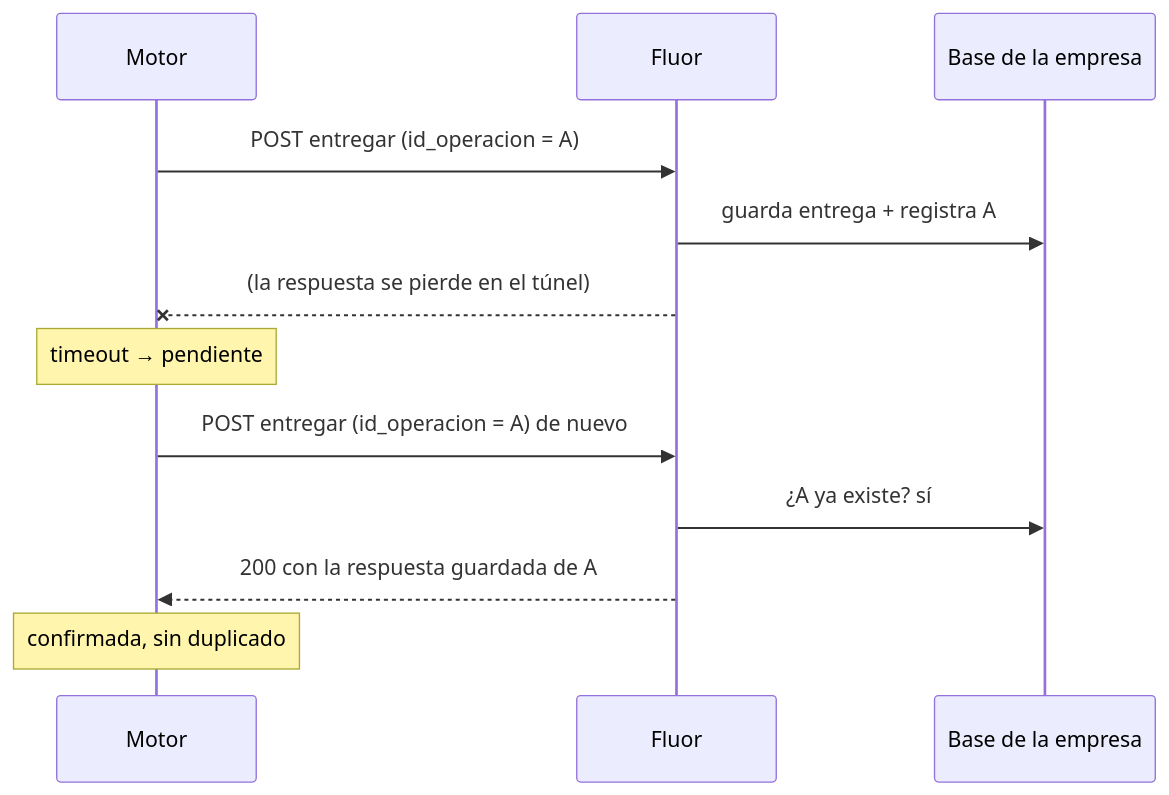
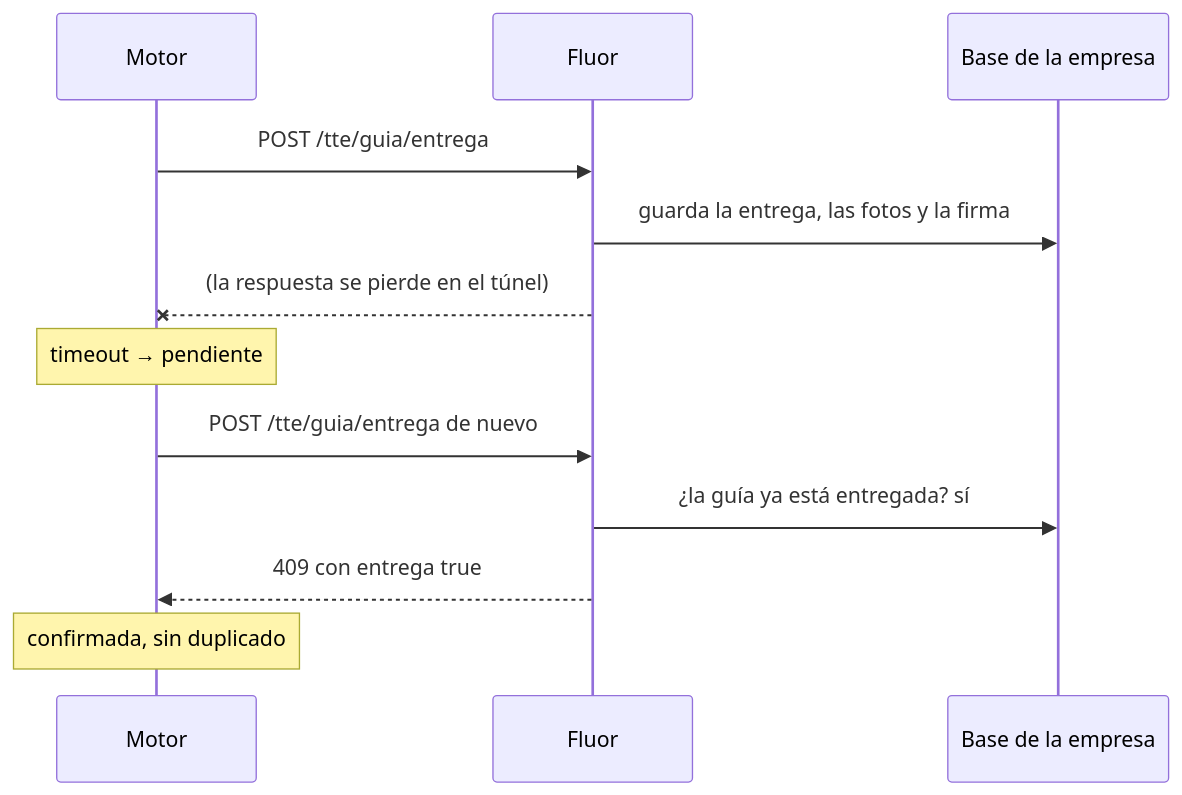
The eighth of 9 diagrams in docs/offline.md (tamerlantian/cilog-2), drawn with Mermaid before and after one commit. The commit also changed other lines of this file and 22 other files, not shown here.

First line of the commit message:
feat(despachos): enviar la entrega a Fluor con fotos y firma

````diff
--- a/docs/offline.md
+++ b/docs/offline.md
@@ -279,15 +286,15 @@
 ```mermaid
 sequenceDiagram
     participant M as Motor
     participant F as Fluor
     participant BD as Base de la empresa
 
-    M->>F: POST entregar (id_operacion = A)
-    F->>BD: guarda entrega + registra A
+    M->>F: POST /tte/guia/entrega
+    F->>BD: guarda la entrega, las fotos y la firma
     F--xM: (la respuesta se pierde en el túnel)
     Note over M: timeout → pendiente
-    M->>F: POST entregar (id_operacion = A) de nuevo
-    F->>BD: ¿A ya existe? sí
-    F-->>M: 200 con la respuesta guardada de A
+    M->>F: POST /tte/guia/entrega de nuevo
+    F->>BD: ¿la guía ya está entregada? sí
+    F-->>M: 409 con entrega true
     Note over M: confirmada, sin duplicado
 ```
````
